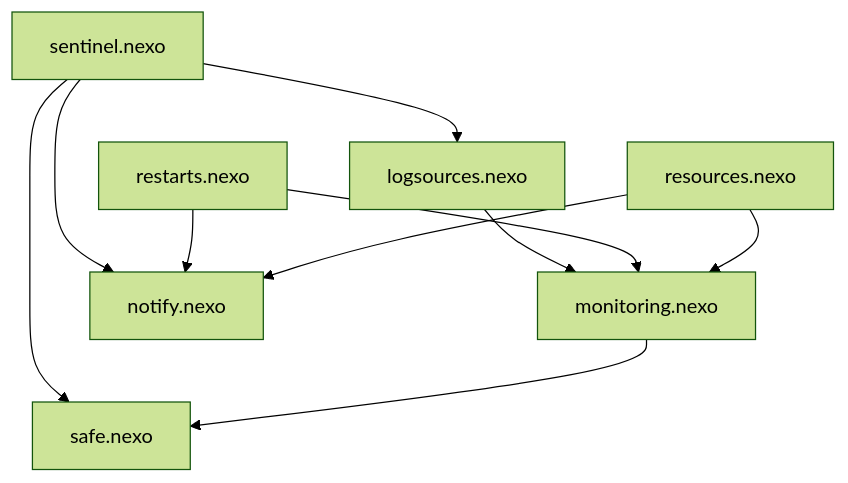
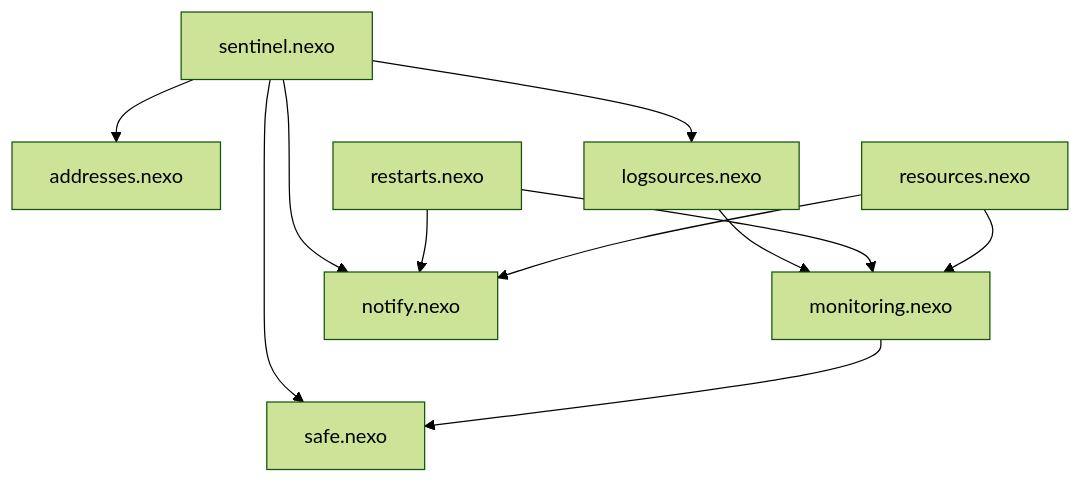
Before and after one commit to marcrabadan/nexo: the second of 3 diagrams in examples/sentinel/ARCHITECTURE.md, drawn with Mermaid (forest theme). The commit also changed other lines of this file and 9 other files, not shown here.

````diff
--- a/examples/sentinel/ARCHITECTURE.md
+++ b/examples/sentinel/ARCHITECTURE.md
@@ -42,12 +42,13 @@
 ```mermaid
 flowchart TD
     sentinel.nexo --> safe.nexo
+    sentinel.nexo --> addresses.nexo
     sentinel.nexo --> logsources.nexo
     logsources.nexo --> monitoring.nexo
     sentinel.nexo --> notify.nexo
     restarts.nexo --> notify.nexo
     resources.nexo --> notify.nexo
     restarts.nexo --> monitoring.nexo
     resources.nexo --> monitoring.nexo
     monitoring.nexo --> safe.nexo
 ```
````
